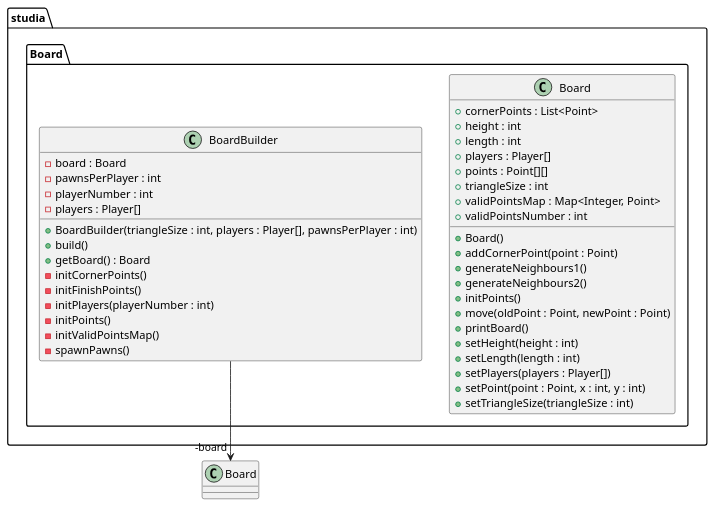
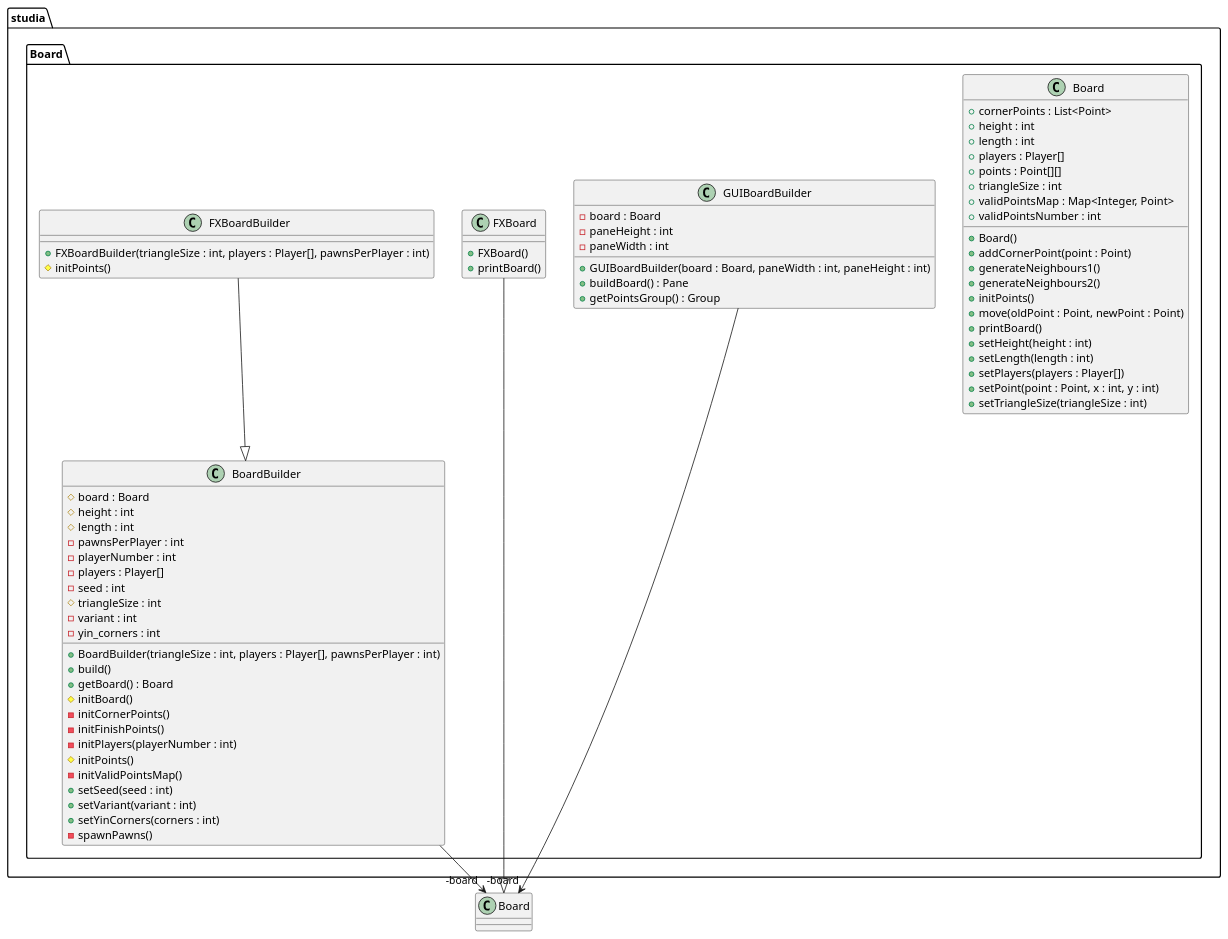
The diagram in diagrams/Board/halma-game.urm.puml (joelkojmapwr/halma-game), drawn with PlantUML before and after one commit. The commit also changed 4 other files, not shown here.

Commit message:
updated diagrams

```diff
--- a/diagrams/Board/halma-game.urm.puml
+++ b/diagrams/Board/halma-game.urm.puml
@@ -1,42 +1,71 @@
 @startuml
 package studia.Board {
   class Board {
     + cornerPoints : List<Point>
     + height : int
     + length : int
     + players : Player[]
     + points : Point[][]
     + triangleSize : int
     + validPointsMap : Map<Integer, Point>
     + validPointsNumber : int
     + Board()
     + addCornerPoint(point : Point)
     + generateNeighbours1()
     + generateNeighbours2()
     + initPoints()
     + move(oldPoint : Point, newPoint : Point)
     + printBoard()
     + setHeight(height : int)
     + setLength(length : int)
     + setPlayers(players : Player[])
     + setPoint(point : Point, x : int, y : int)
     + setTriangleSize(triangleSize : int)
   }
   class BoardBuilder {
-    - board : Board
+    # board : Board
+    # height : int
+    # length : int
     - pawnsPerPlayer : int
     - playerNumber : int
     - players : Player[]
+    - seed : int
+    # triangleSize : int
+    - variant : int
+    - yin_corners : int
     + BoardBuilder(triangleSize : int, players : Player[], pawnsPerPlayer : int)
     + build()
     + getBoard() : Board
+    # initBoard()
     - initCornerPoints()
     - initFinishPoints()
     - initPlayers(playerNumber : int)
-    - initPoints()
+    # initPoints()
     - initValidPointsMap()
+    + setSeed(seed : int)
+    + setVariant(variant : int)
+    + setYinCorners(corners : int)
     - spawnPawns()
   }
+  class FXBoard {
+    + FXBoard()
+    + printBoard()
+  }
+  class FXBoardBuilder {
+    + FXBoardBuilder(triangleSize : int, players : Player[], pawnsPerPlayer : int)
+    # initPoints()
+  }
+  class GUIBoardBuilder {
+    - board : Board
+    - paneHeight : int
+    - paneWidth : int
+    + GUIBoardBuilder(board : Board, paneWidth : int, paneHeight : int)
+    + buildBoard() : Pane
+    + getPointsGroup() : Group
+  }
 }
+GUIBoardBuilder -->  "-board" Board
 BoardBuilder -->  "-board" Board
+FXBoard --|> Board 
+FXBoardBuilder --|> BoardBuilder 
 @enduml
```
